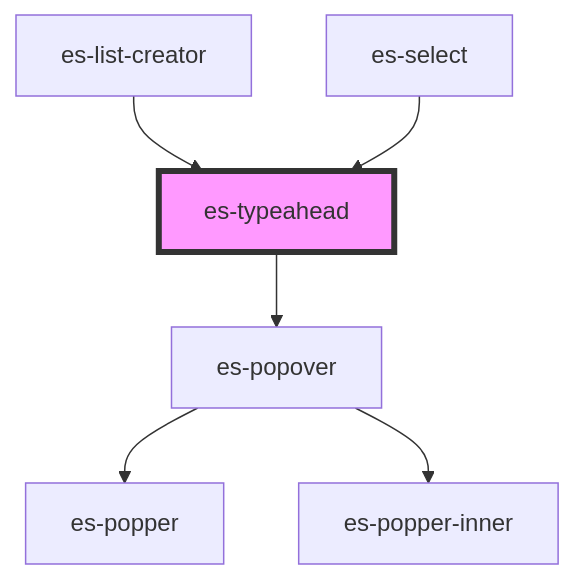
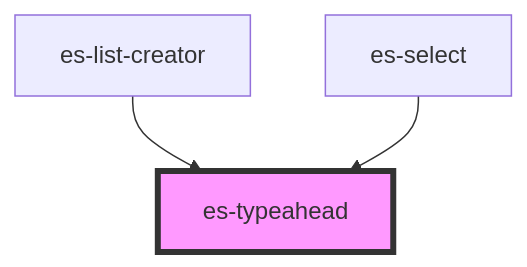
Before and after one commit to EventStore/Design-System: the diagram in packages/fields/src/components/es-typeahead/readme.md, drawn with Mermaid. The commit also changed other lines of this file and 21 other files, not shown here.

````diff
--- a/packages/fields/src/components/es-typeahead/readme.md
+++ b/packages/fields/src/components/es-typeahead/readme.md
@@ -44,9 +40,6 @@
 ```mermaid
 graph TD;
-  es-typeahead --> es-popover
-  es-popover --> es-popper
-  es-popover --> es-popper-inner
   es-list-creator --> es-typeahead
   es-select --> es-typeahead
   style es-typeahead fill:#f9f,stroke:#333,stroke-width:4px
 ```
````
